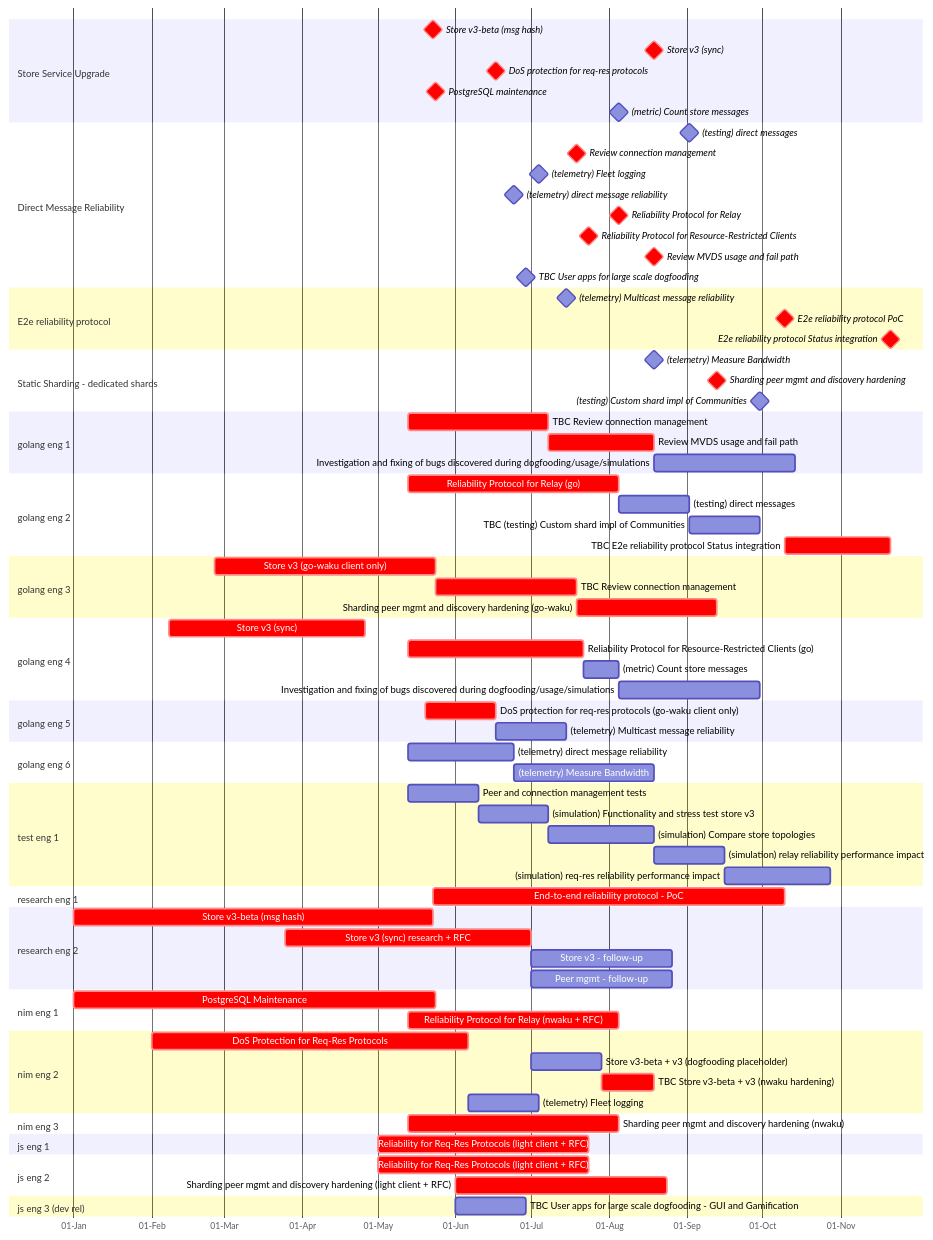
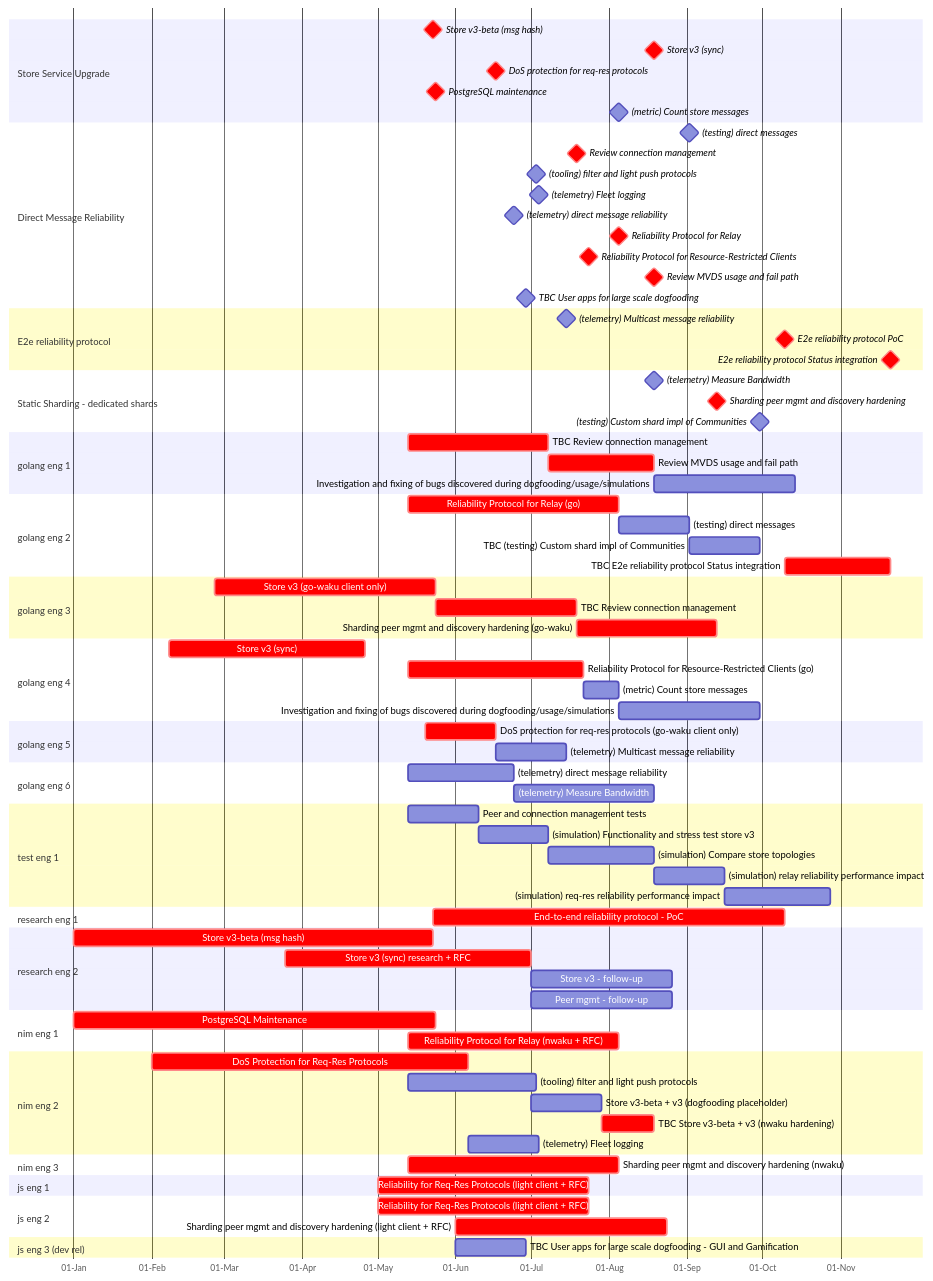
Before and after one commit to logos-co/roadmap: the diagram in content/waku/2024-gantt.md, drawn with Mermaid.

Commit message:
Add (tooling) filter and light push protocols deliverable

```diff
--- a/content/waku/2024-gantt.md
+++ b/content/waku/2024-gantt.md
@@ -32,6 +32,7 @@
     section Direct Message Reliability
         (testing) direct messages: milestone, after test-direct-msg, 0
         Review connection management: crit, milestone, after review-conn-mgmt-1 review-conn-mgmt-2, 0
+        (tooling) filter and light push protocols: milestone, after lite-proto-tester, 0
         (telemetry) Fleet logging: milestone, after telem-fleet-logging, 0
         (telemetry) direct message reliability: milestone, after telem-d-msg-rel, 0
         Reliability Protocol for Relay: crit, milestone, after rel-relay-g rel-relay-n, 0
@@ -95,6 +96,7 @@
         Reliability Protocol for Relay (nwaku + RFC): crit, rel-relay-n, 2024-05-13, 12w
     section nim eng 2
         DoS Protection for Req-Res Protocols: crit, dosreqresn, 2024-02-01, 18w
+        (tooling) filter and light push protocols: lite-proto-tester, 2024-05-13, 2024-07-03
         Store v3-beta + v3 (dogfooding placeholder):  storev3-df, after storev3-br storev3-r, 4w
         %% More hardening expected to deprecate or separate store v2 from v3 driver
         TBC Store v3-beta + v3 (nwaku hardening): crit, storev3-n, after storev3-df dosreqresn, 3w
```
